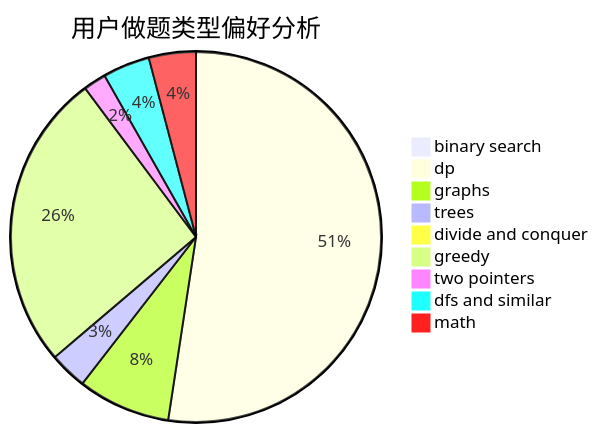
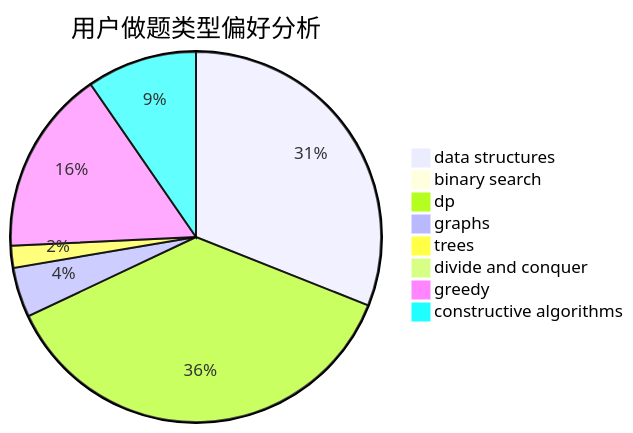
One commit to sherpahu/cfrs.github.io changed the second of 3 diagrams in docs/user/u47.md. Above: the diagram before and after it, drawn with Mermaid. The commit also changed other lines of this file and 2775 other files, not shown here.

````diff
--- a/docs/user/u47.md
+++ b/docs/user/u47.md
@@ -23,12 +23,11 @@
 ```mermaid
 pie title 用户做题类型偏好分析
+    "data structures" :  371
     "binary search" :  8
-    "dp" :  447
-    "graphs" :  69
-    "trees" :  28
+    "dp" :  442
+    "graphs" :  52
+    "trees" :  23
     "divide and conquer" :  8
-    "greedy" :  222
-    "two pointers" :  17
-    "dfs and similar" :  35
-    "math" :  35
+    "greedy" :  193
+    "constructive algorithms" :  115
 ```
````
